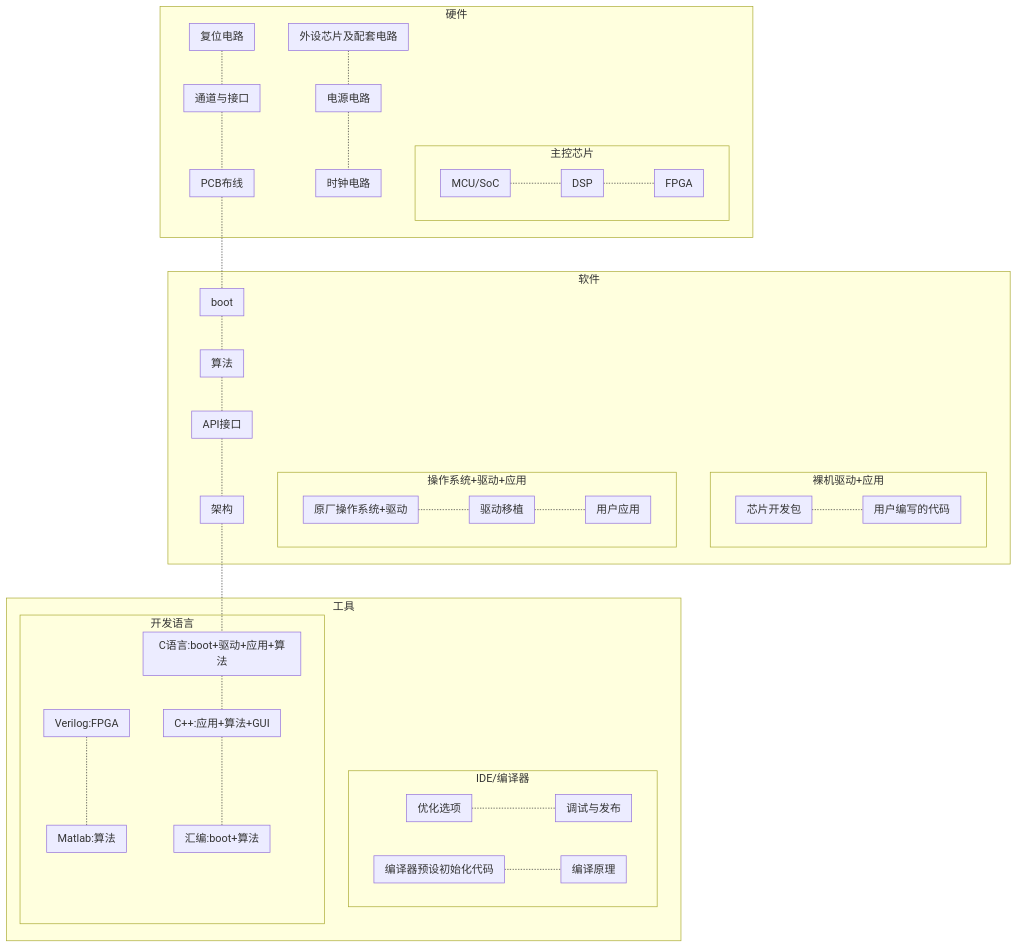
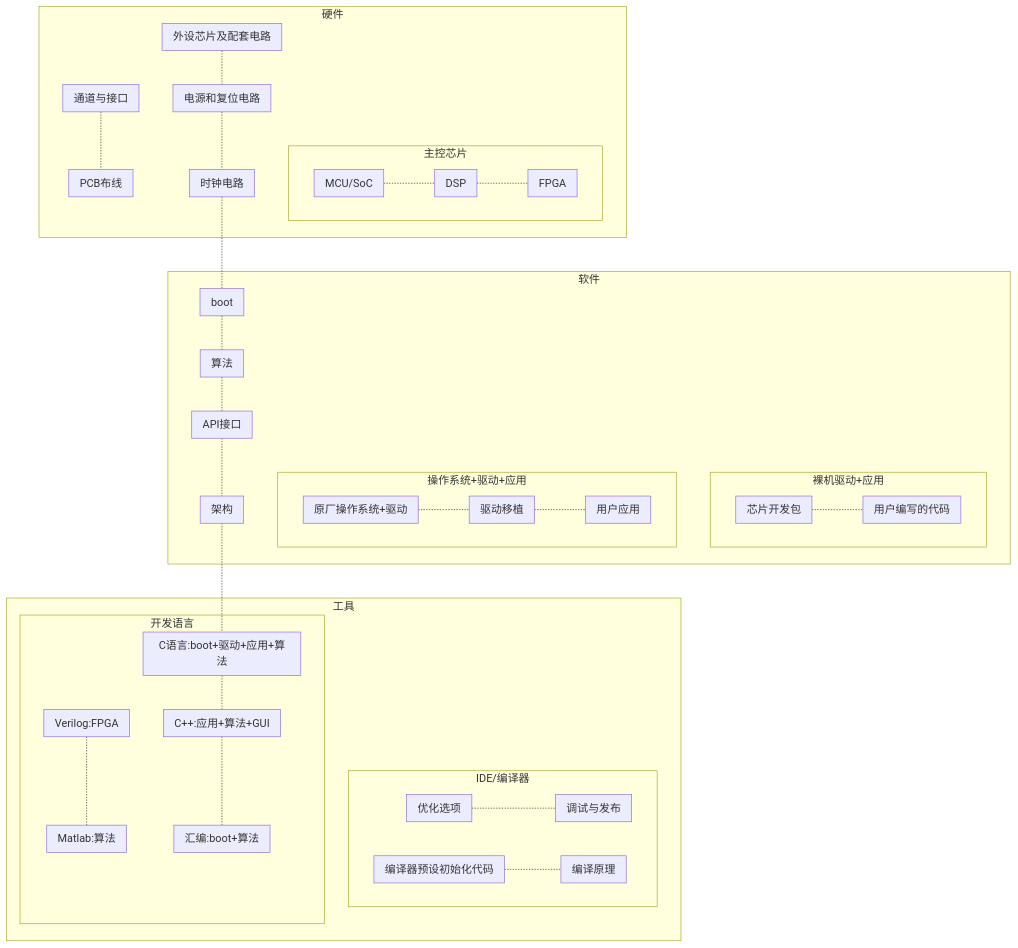
One commit to xuan07472/embedded-knowledge-wiki changed the diagram in readme.md. Above: the diagram before and after it, drawn with Mermaid. The commit also changed other lines of this file and 1 other file, not shown here.

```diff
--- a/readme.md
+++ b/readme.md
@@ -48,16 +48,13 @@
     subgraph 外设芯片及配套电路
     end
 
-    subgraph 电源电路
+    subgraph 电源和复位电路
     end
 
     subgraph 时钟电路
     end
 
-    外设芯片及配套电路 -.- 电源电路 -.- 时钟电路
-
-    subgraph 复位电路
-    end
+    外设芯片及配套电路 -.- 电源和复位电路 -.- 时钟电路
 
     subgraph 通道与接口
 
@@ -66,10 +63,10 @@
     subgraph PCB布线
     end
 
-    复位电路 -.- 通道与接口 -.- PCB布线
+    通道与接口 -.- PCB布线
 end
 
-PCB布线 -.- boot
+时钟电路 -.- boot
 
 subgraph 软件
     subgraph 裸机驱动+应用
```
